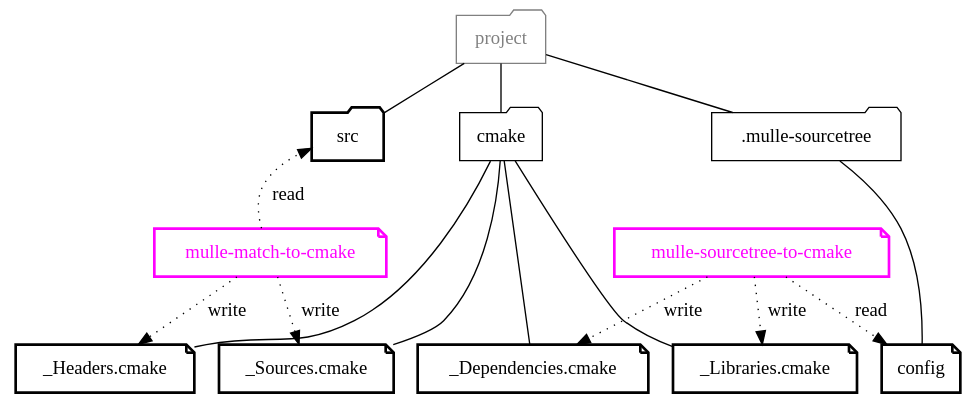
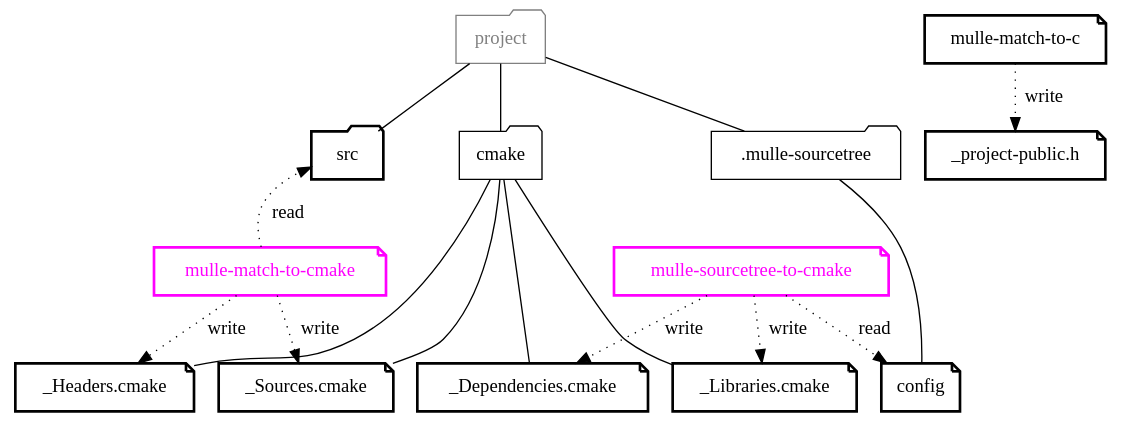
One commit to mulle-sde/mulle-sde-developer changed the diagram in dox/mulle-sde-update-fs.dot. Above: the diagram before and after it, drawn with Graphviz. The commit also changed 29 other files, not shown here.

```diff
--- a/dox/mulle-sde-update-fs.dot
+++ b/dox/mulle-sde-update-fs.dot
@@ -1,51 +1,53 @@
 digraph G {
     graph [rankdir = TD];
 
     node[ shape="folder"] ;
 
     "project"          [ color="gray", fontcolor="gray" ]
 
     "src"  [ penwidth="2"]
     "cmake"
     ".mulle-sourcetree"
 
     node[ shape="note", penwidth="2"]
 
     { rank = same;  "project" };
     { rank = same;  "src", "cmake", ".mulle-sourcetree" }
     { rank = same;  "config" }
     { rank = same;  "_Headers.cmake","_Sources.cmake",
                     "_Dependencies.cmake","_Libraries.cmake"  }
 
 
     edge [ arrowhead="none", color="black", style="" ]
 
     ".mulle-sourcetree" -> "config"
     "project" -> "src"
     "project" -> ".mulle-sourcetree"
     "project" -> "cmake"
 
     "cmake" -> "_Headers.cmake"
     "cmake" -> "_Sources.cmake"
     "cmake" -> "_Dependencies.cmake"
     "cmake" -> "_Libraries.cmake"
 
     edge [ arrowhead="", style="dotted", label=" write"]
 
+    "mulle-match-to-c"     -> "_project-public.h"
+
     "mulle-match-to-cmake"     -> "_Headers.cmake"
     "mulle-match-to-cmake"     -> "_Sources.cmake"
     "mulle-sourcetree-to-cmake" -> "_Dependencies.cmake"
     "mulle-sourcetree-to-cmake" -> "_Libraries.cmake"
 
     "mulle-match-to-cmake"     [ color="magenta", fontcolor="magenta" ]
     "mulle-sourcetree-to-cmake" [ color="magenta", fontcolor="magenta" ]
 
     "src"    -> "mulle-match-to-cmake"     [ style="invis"]
 
     edge [ arrowhead="", style="dotted", label=" read"]
 
     "mulle-match-to-cmake"     -> "src"
     "mulle-sourcetree-to-cmake" -> "config"
 
     { rank = same;  "mulle-match-to-cmake", "mulle-sourcetree-to-cmake"  };
 }
```
